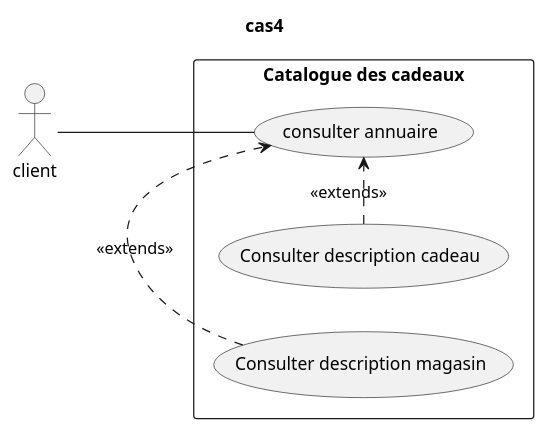
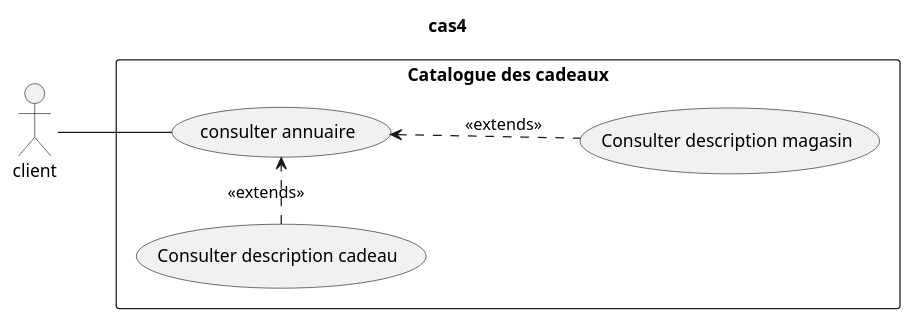
The fifth of 6 diagrams in Readme.puml (ZeroAbsolue/infidelite), drawn with PlantUML before and after one commit. The commit also changed other lines of this file and 5 other files, not shown here.

Commit message:
Mise a jour du diagramme de classe et debut de la justification des choix de conceptionÈ

```diff
--- a/Readme.puml
+++ b/Readme.puml
@@ -133,17 +127,17 @@
 @startuml
 title cas4
 left to right direction
 
 actor client as C
 rectangle "Catalogue des cadeaux" {
     usecase "consulter annuaire" as UC1
     usecase "Consulter description cadeau" as UC2
     usecase "Consulter description magasin" as UC3
 
     UC2 .> UC1 : <<extends>>
-    UC3 .> UC1 : <<extends>>
+    UC3 .up.> UC1 : <<extends>>
 
 }
 
 C -- UC1
 @enduml
```
